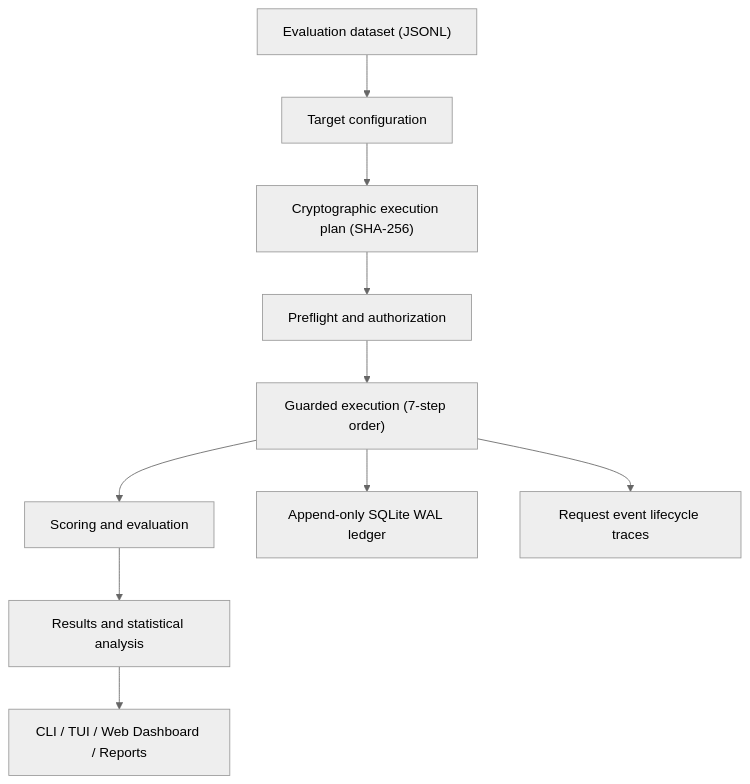
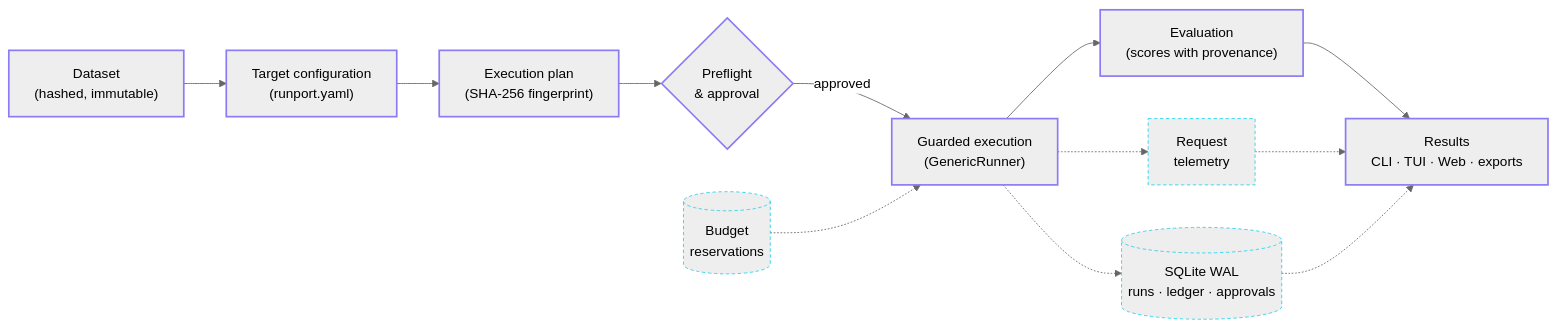
The diagram in README.md (Sudharsanselvaraj/Runport), drawn with Mermaid (neutral theme) before and after one commit. The commit also changed other lines of this file and 4 other files, not shown here.

````diff
--- a/README.md
+++ b/README.md
@@ -109,12 +99,20 @@
 ```mermaid
-flowchart TD
-    A["Evaluation dataset (JSONL)"] --> B["Target configuration"]
-    B --> C["Cryptographic execution plan (SHA-256)"]
-    C --> D["Preflight and authorization"]
-    D --> E["Guarded execution (7-step order)"]
-    E --> F["Scoring and evaluation"]
-    F --> G["Results and statistical analysis"]
-    G --> H["CLI / TUI / Web Dashboard / Reports"]
-    E --> I["Append-only SQLite WAL ledger"]
-    E --> J["Request event lifecycle traces"]
+flowchart LR
+    D["Dataset<br/>(hashed, immutable)"] --> T["Target configuration<br/>(runport.yaml)"]
+    T --> P["Execution plan<br/>(SHA-256 fingerprint)"]
+    P --> A{"Preflight<br/>& approval"}
+    A -->|approved| G["Guarded execution<br/>(GenericRunner)"]
+    G --> E["Evaluation<br/>(scores with provenance)"]
+    E --> R["Results<br/>CLI · TUI · Web · exports"]
+
+    B[("Budget<br/>reservations")] -.-> G
+    G -.-> S[("SQLite WAL<br/>runs · ledger · approvals")]
+    G -.-> M["Request<br/>telemetry"]
+    M -.-> R
+    S -.-> R
+
+    classDef core stroke:#8b7cf6,stroke-width:2px;
+    classDef support stroke:#22d3ee,stroke-dasharray:4 3;
+    class D,T,P,A,G,E,R core;
+    class B,S,M support;
 ```
````
